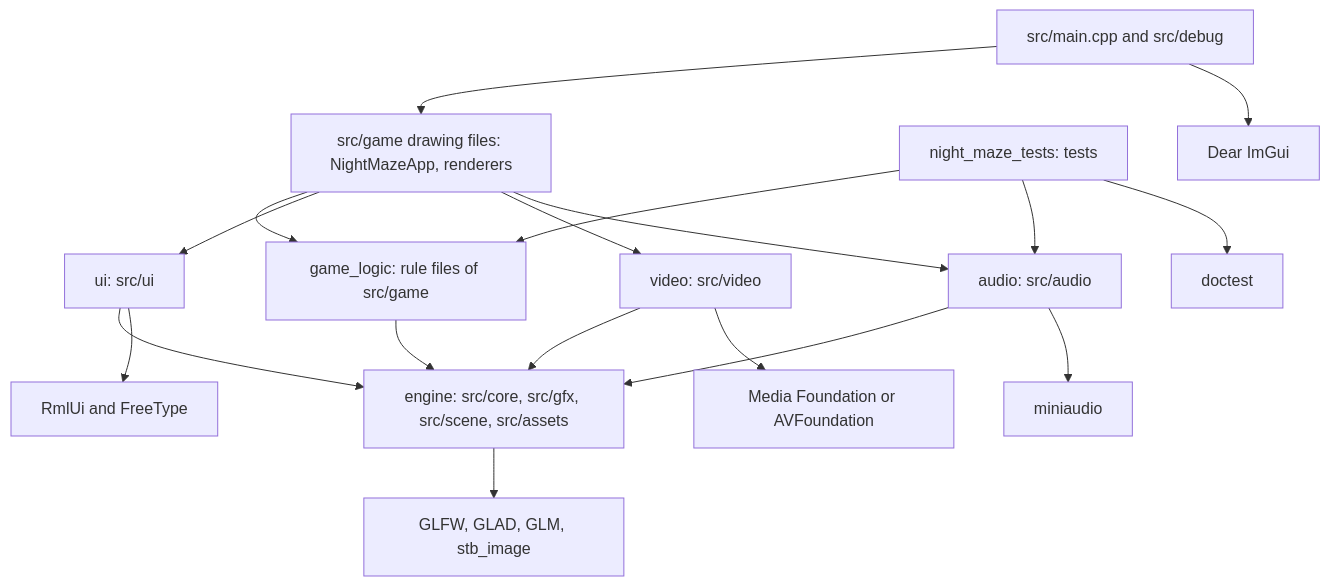
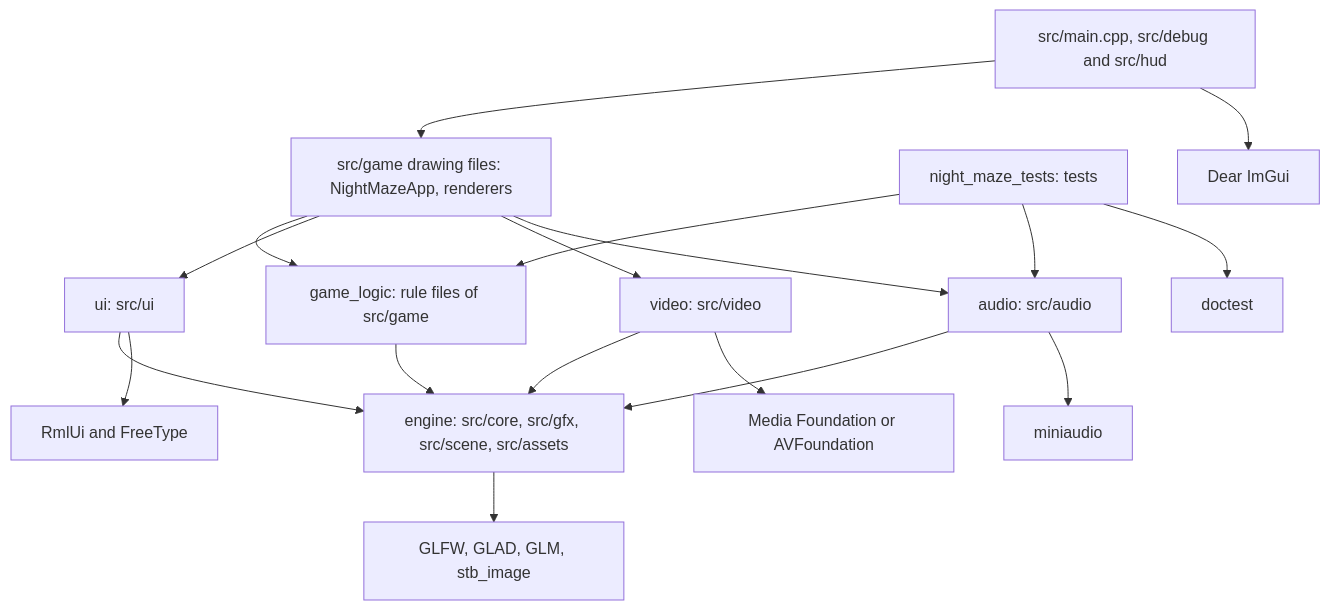
The first of 2 diagrams in docs/architecture.md (Shironex/night-maze), drawn with Mermaid before and after one commit. The commit also changed other lines of this file and 23 other files, not shown here.

Commit message:
refactor(hud): move the hud out of src/debug into its own folder

````diff
--- a/docs/architecture.md
+++ b/docs/architecture.md
@@ -79,35 +81,35 @@
 ```mermaid
 flowchart TD
-    main["src/main.cpp and src/debug"]
+    main["src/main.cpp, src/debug and src/hud"]
     app["src/game drawing files: NightMazeApp, renderers"]
     logic["game_logic: rule files of src/game"]
     ui["ui: src/ui"]
     video["video: src/video"]
     audio["audio: src/audio"]
     engine["engine: src/core, src/gfx, src/scene, src/assets"]
     tests["night_maze_tests: tests"]
     imgui["Dear ImGui"]
     rmlui["RmlUi and FreeType"]
     miniaudio["miniaudio"]
     osvideo["Media Foundation or AVFoundation"]
     base["GLFW, GLAD, GLM, stb_image"]
     doctest["doctest"]
 
     main --> app
     main --> imgui
     app --> logic
     app --> ui
     app --> video
     app --> audio
     logic --> engine
     ui --> engine
     video --> engine
     audio --> engine
     ui --> rmlui
     video --> osvideo
     audio --> miniaudio
     engine --> base
     tests --> logic
     tests --> audio
     tests --> doctest
 ```
````
